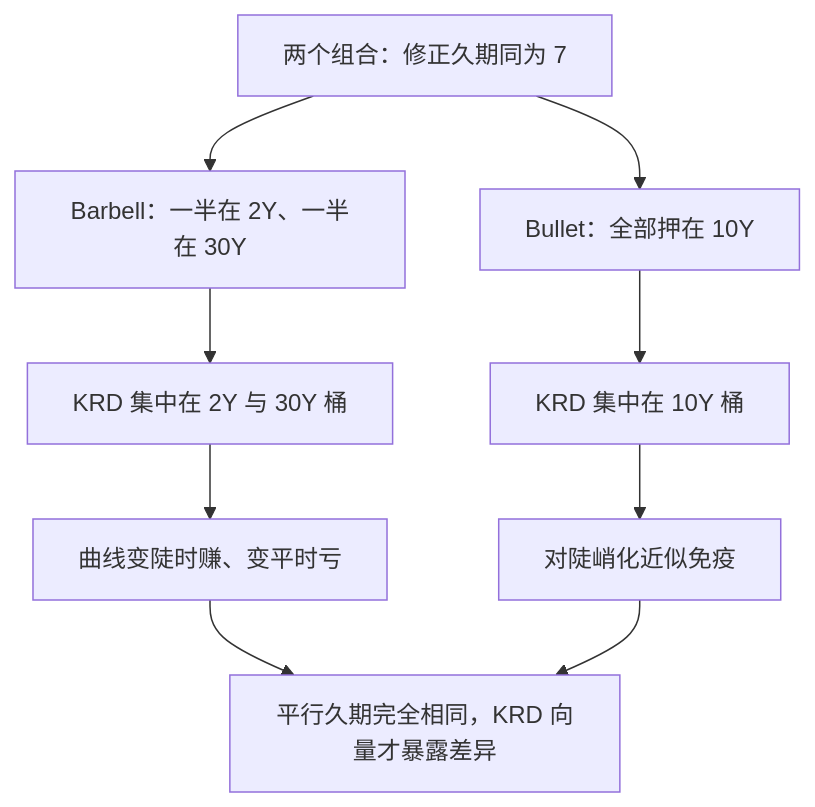
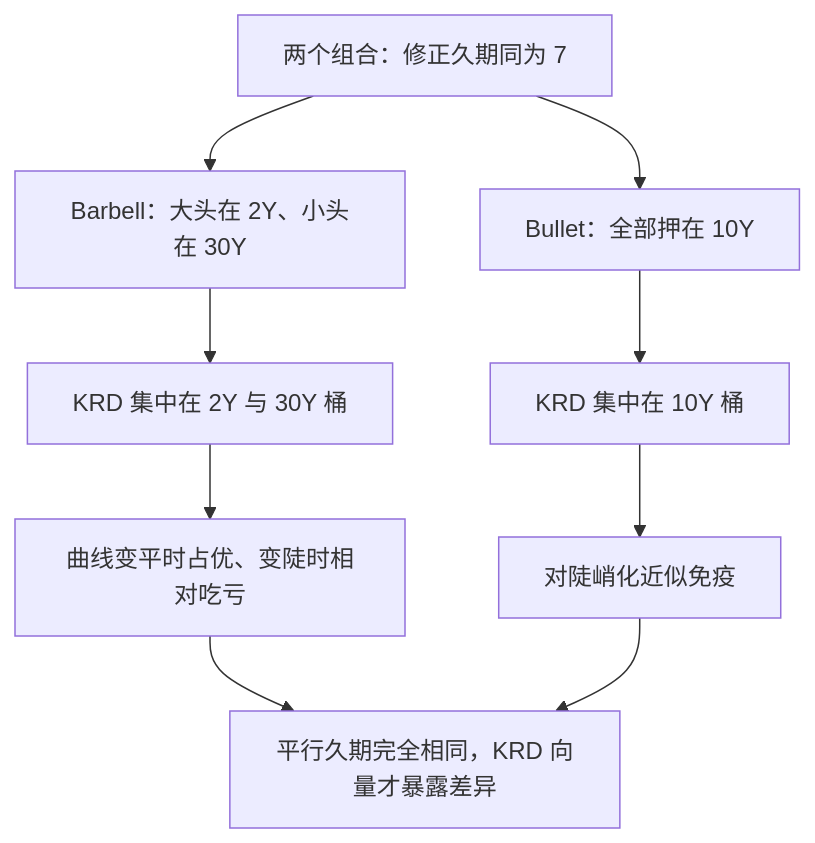
Before and after one commit to xhongduo-tech/xhongduo-tech.github.io: the first of 2 diagrams in docs/quant/key-rate-duration.md, drawn with Mermaid. The commit also changed other lines of this file and 3 other files, not shown here.

````diff
--- a/docs/quant/key-rate-duration.md
+++ b/docs/quant/key-rate-duration.md
@@ -22,11 +22,11 @@
 ```mermaid
 flowchart TD
-  A["两个组合：修正久期同为 7"] --> B["Barbell：一半在 2Y、一半在 30Y"]
+  A["两个组合：修正久期同为 7"] --> B["Barbell：大头在 2Y、小头在 30Y"]
   A --> C["Bullet：全部押在 10Y"]
   B --> D["KRD 集中在 2Y 与 30Y 桶"]
   C --> E["KRD 集中在 10Y 桶"]
-  D --> F["曲线变陡时赚、变平时亏"]
+  D --> F["曲线变平时占优、变陡时相对吃亏"]
   E --> G["对陡峭化近似免疫"]
   F --> H["平行久期完全相同，KRD 向量才暴露差异"]
   G --> H
 ```
````
